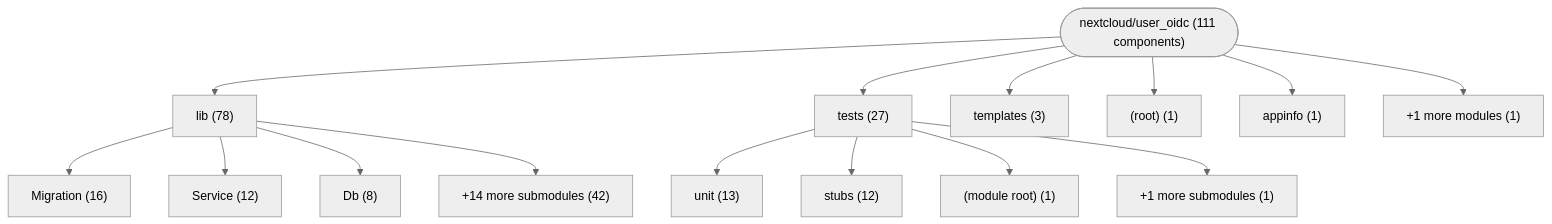
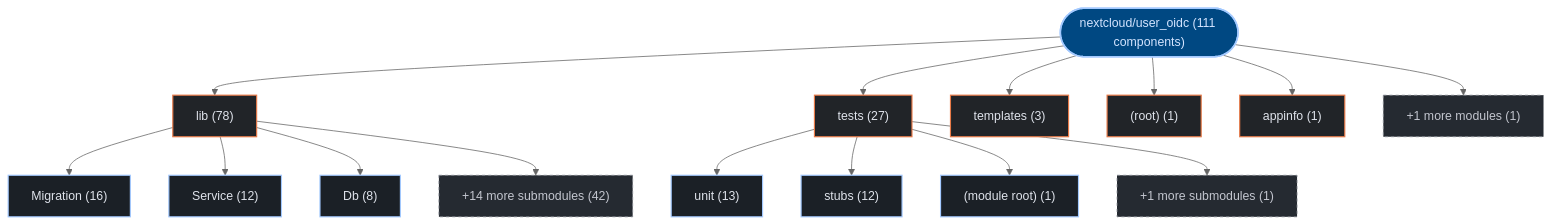
The first of 3 diagrams in exports/latest/reports/nextcloud-user_oidc-report.md (kumarshaz/atruss-code-atlas), drawn with Mermaid (neutral theme) before and after one commit. The commit also changed other lines of this file and 331 other files, not shown here.

Commit message:
docs,ui,fix: update SDLC docs, reorder CI/CD DAG first, stylize Mermaid, and fix Arc42 pipeline topology

````diff
--- a/exports/latest/reports/nextcloud-user_oidc-report.md
+++ b/exports/latest/reports/nextcloud-user_oidc-report.md
@@ -42,32 +42,39 @@
 ```mermaid
 graph TD;
-    repo_root(["nextcloud/user_oidc (111 components)"])
-    dir_0_lib["lib (78)"]
+  classDef atlasRoot fill:#004882,stroke:#a3c9ff,stroke-width:2px,color:#d3e4ff
+  classDef atlasCategory fill:#212428,stroke:#E87A48,stroke-width:1.5px,color:#dfe3eb
+  classDef atlasWorkflow fill:#1b2026,stroke:#a3c9ff,stroke-width:1.5px,color:#dfe3eb
+  classDef atlasJob fill:#171c22,stroke:#8d9199,stroke-width:1px,color:#dfe3eb
+  classDef atlasTarget fill:#005227,stroke:#8bd99b,stroke-width:1.5px,color:#a7f6b6
+  classDef atlasAlert fill:#93000a,stroke:#ffb4ab,stroke-width:1.5px,color:#ffdad6
+  classDef atlasMore fill:#252a31,stroke:#8d9199,stroke-dasharray:4 4,color:#c3c6cf
+    repo_root(["nextcloud/user_oidc (111 components)"]):::atlasRoot
+    dir_0_lib["lib (78)"]:::atlasCategory
     repo_root --> dir_0_lib
-    sub_0_0_Migration["Migration (16)"]
+    sub_0_0_Migration["Migration (16)"]:::atlasWorkflow
     dir_0_lib --> sub_0_0_Migration
-    sub_0_1_Service["Service (12)"]
+    sub_0_1_Service["Service (12)"]:::atlasWorkflow
     dir_0_lib --> sub_0_1_Service
-    sub_0_2_Db["Db (8)"]
+    sub_0_2_Db["Db (8)"]:::atlasWorkflow
     dir_0_lib --> sub_0_2_Db
-    sub_0_more["+14 more submodules (42)"]
+    sub_0_more["+14 more submodules (42)"]:::atlasMore
     dir_0_lib --> sub_0_more
-    dir_1_tests["tests (27)"]
+    dir_1_tests["tests (27)"]:::atlasCategory
     repo_root --> dir_1_tests
-    sub_1_0_unit["unit (13)"]
+    sub_1_0_unit["unit (13)"]:::atlasWorkflow
     dir_1_tests --> sub_1_0_unit
-    sub_1_1_stubs["stubs (12)"]
+    sub_1_1_stubs["stubs (12)"]:::atlasWorkflow
     dir_1_tests --> sub_1_1_stubs
-    sub_1_2__module_root_["(module root) (1)"]
+    sub_1_2__module_root_["(module root) (1)"]:::atlasWorkflow
     dir_1_tests --> sub_1_2__module_root_
-    sub_1_more["+1 more submodules (1)"]
+    sub_1_more["+1 more submodules (1)"]:::atlasMore
     dir_1_tests --> sub_1_more
-    dir_2_templates["templates (3)"]
+    dir_2_templates["templates (3)"]:::atlasCategory
     repo_root --> dir_2_templates
-    dir_3__root_["(root) (1)"]
+    dir_3__root_["(root) (1)"]:::atlasCategory
     repo_root --> dir_3__root_
-    dir_4_appinfo["appinfo (1)"]
+    dir_4_appinfo["appinfo (1)"]:::atlasCategory
     repo_root --> dir_4_appinfo
-    dir_other_modules["+1 more modules (1)"]
+    dir_other_modules["+1 more modules (1)"]:::atlasMore
     repo_root --> dir_other_modules
 ```
````
